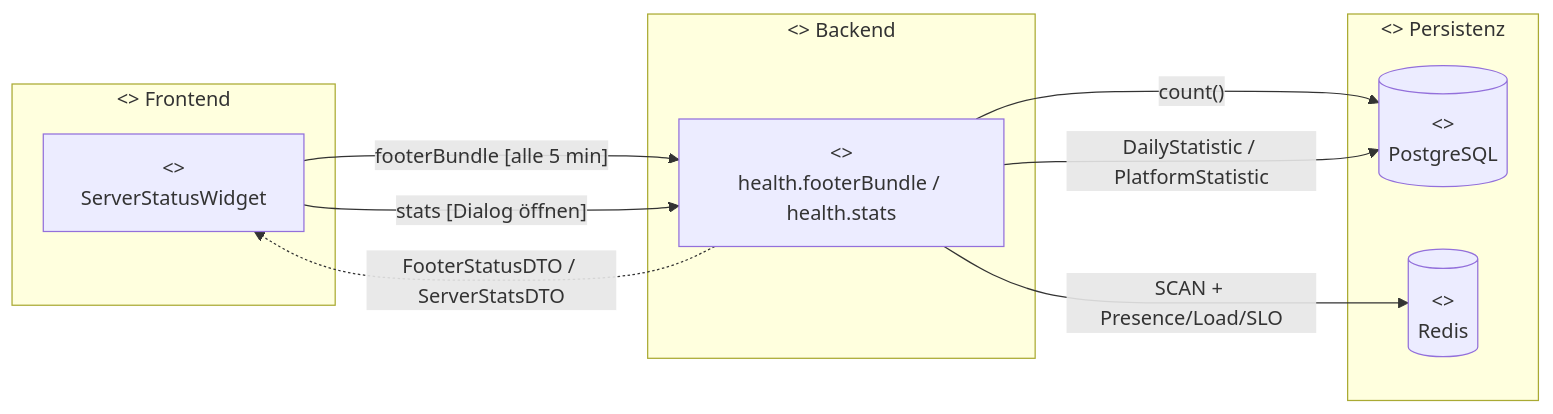
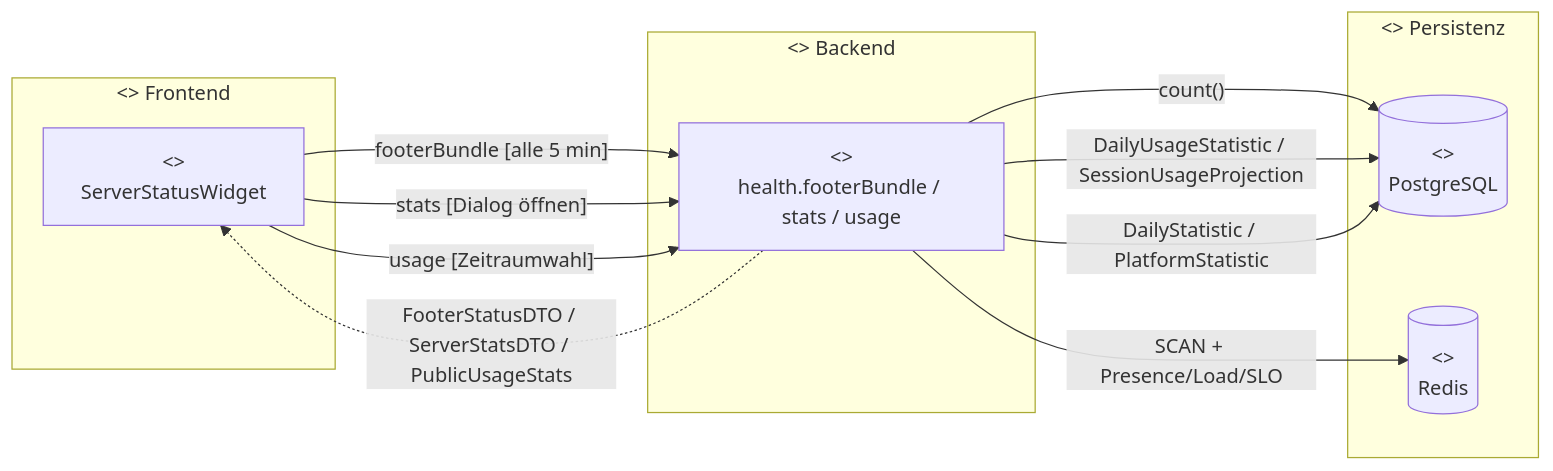
The first of 6 diagrams in docs/features/server-status-widget.md (kqc-real/arsnova.eu), drawn with Mermaid before and after one commit. The commit also changed other lines of this file and 39 other files, not shown here.

````diff
--- a/docs/features/server-status-widget.md
+++ b/docs/features/server-status-widget.md
@@ -67,22 +89,24 @@
 ```mermaid
 flowchart LR
   subgraph "<<subsystem>> Frontend"
     W["<<component>>\nServerStatusWidget"]
   end
 
   subgraph "<<subsystem>> Backend"
-    H["<<component>>\nhealth.footerBundle / health.stats"]
+    H["<<component>>\nhealth.footerBundle / stats / usage"]
   end
 
   subgraph "<<subsystem>> Persistenz"
     P[("<<database>>\nPostgreSQL")]
     R[("<<database>>\nRedis")]
   end
 
   W -- "footerBundle [alle 5 min]" --> H
   W -- "stats [Dialog öffnen]" --> H
-  H -. "FooterStatusDTO / ServerStatsDTO" .-> W
+  W -- "usage [Zeitraumwahl]" --> H
+  H -. "FooterStatusDTO / ServerStatsDTO / PublicUsageStats" .-> W
   H -- "count()" --> P
+  H -- "DailyUsageStatistic / SessionUsageProjection" --> P
   H -- "DailyStatistic / PlatformStatistic" --> P
   H -- "SCAN + Presence/Load/SLO" --> R
 ```
````
